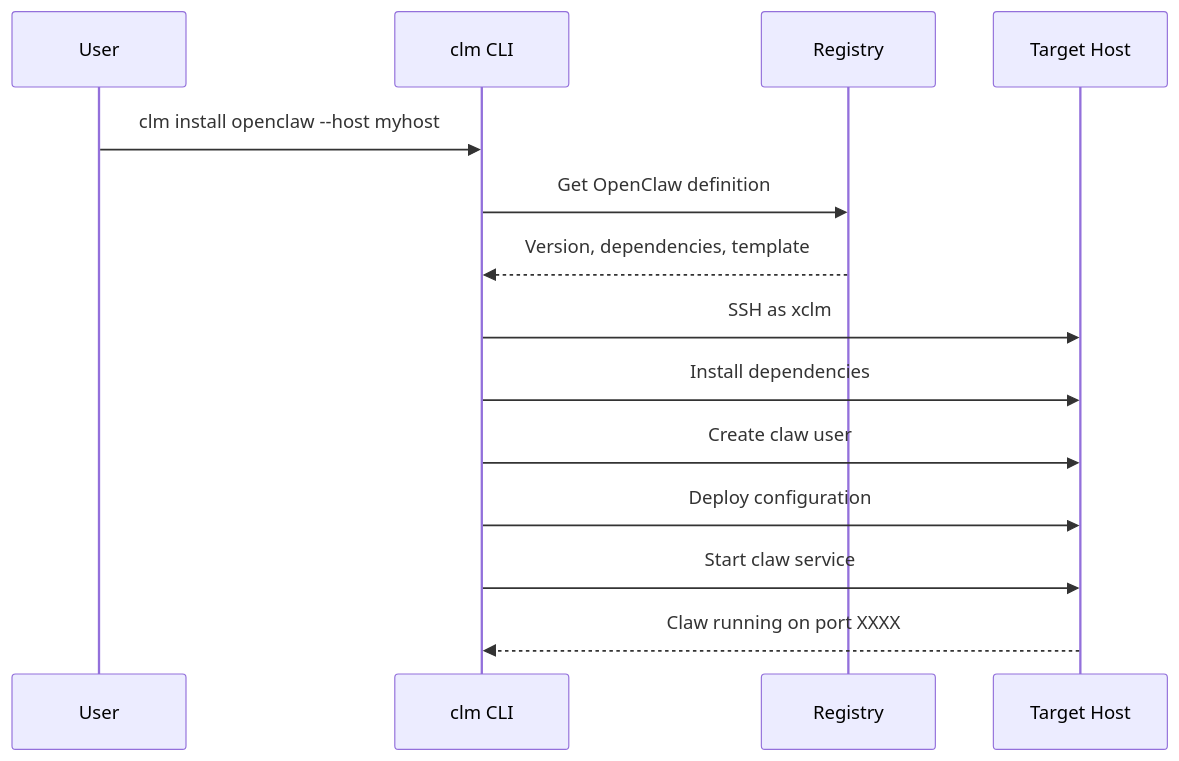
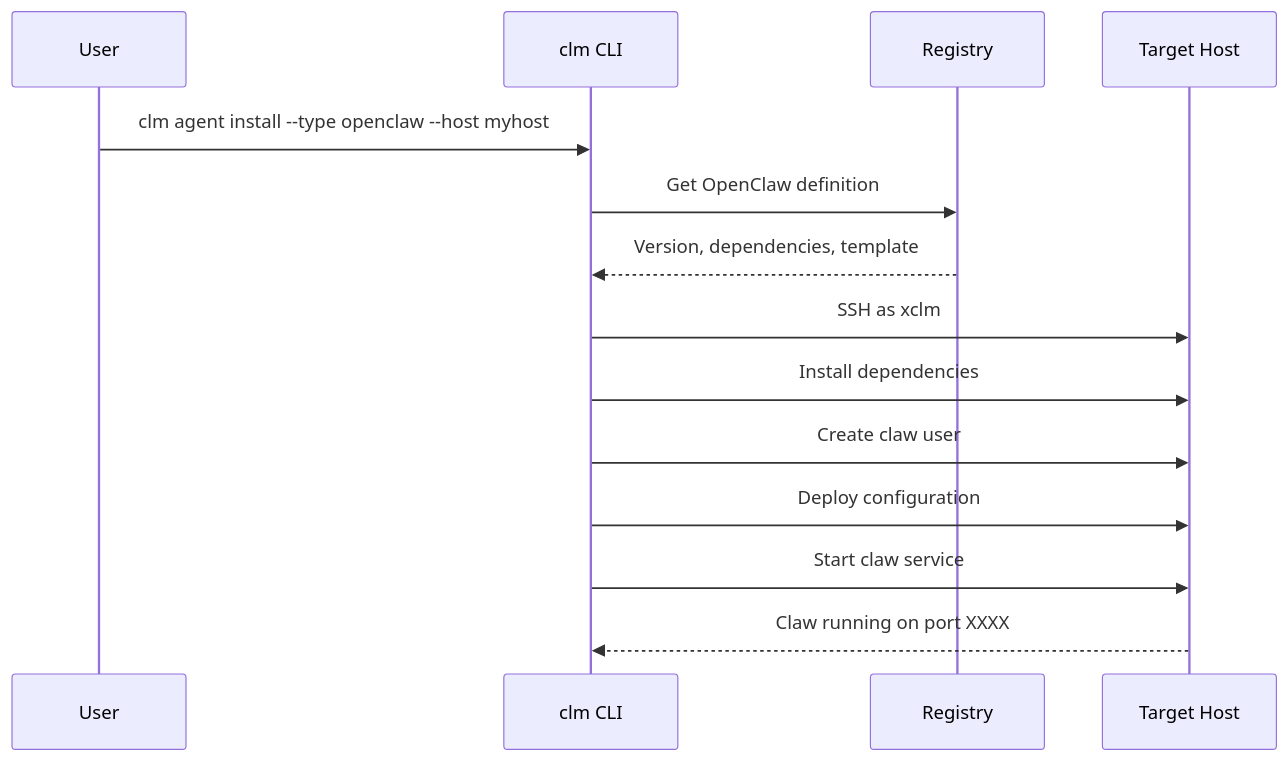
Before and after one commit to ric03uec/clawrium: the third of 8 diagrams in website/docs/architecture.md, drawn with Mermaid. The commit also changed other lines of this file and 4 other files, not shown here.

First line of the commit message:
docs(cli): replace deprecated clm install references

````diff
--- a/website/docs/architecture.md
+++ b/website/docs/architecture.md
@@ -98,17 +98,17 @@
 ```mermaid
 sequenceDiagram
     participant User
     participant CLM as clm CLI
     participant Registry
     participant Host as Target Host
 
-    User->>CLM: clm install openclaw --host myhost
+    User->>CLM: clm agent install --type openclaw --host myhost
     CLM->>Registry: Get OpenClaw definition
     Registry-->>CLM: Version, dependencies, template
     CLM->>Host: SSH as xclm
     CLM->>Host: Install dependencies
     CLM->>Host: Create claw user
     CLM->>Host: Deploy configuration
     CLM->>Host: Start claw service
     Host-->>CLM: Claw running on port XXXX
 ```
````
